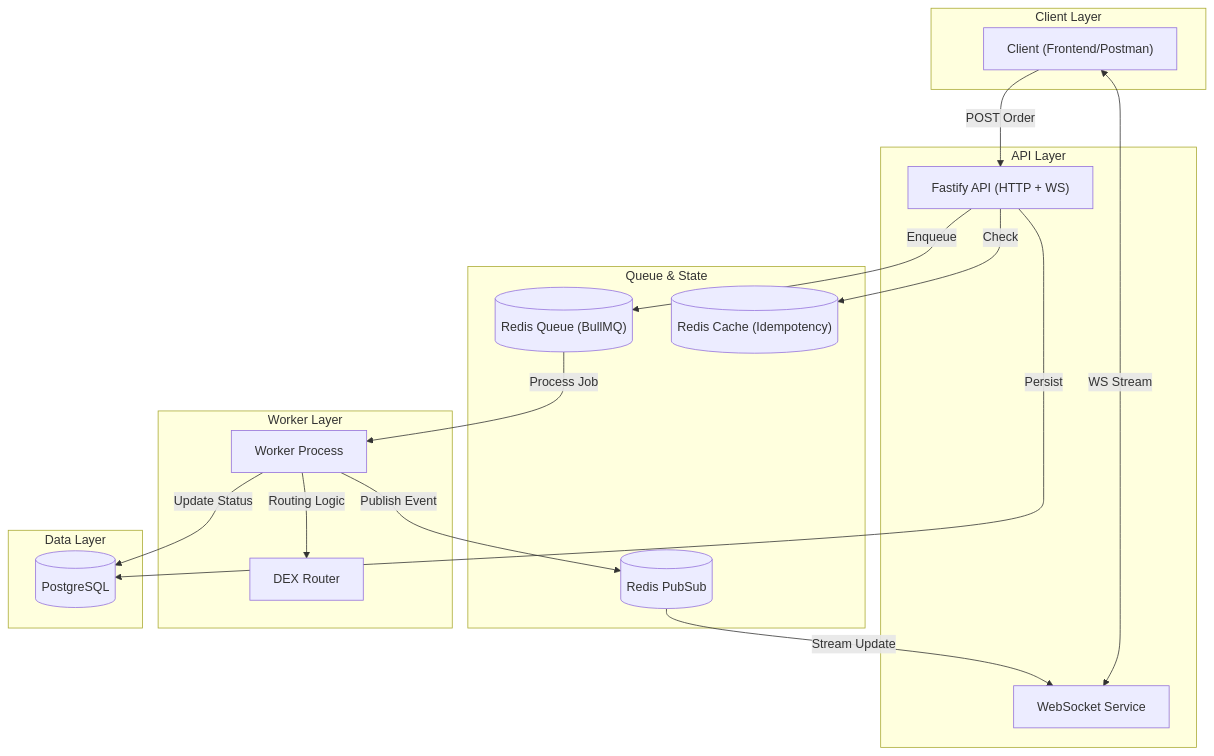
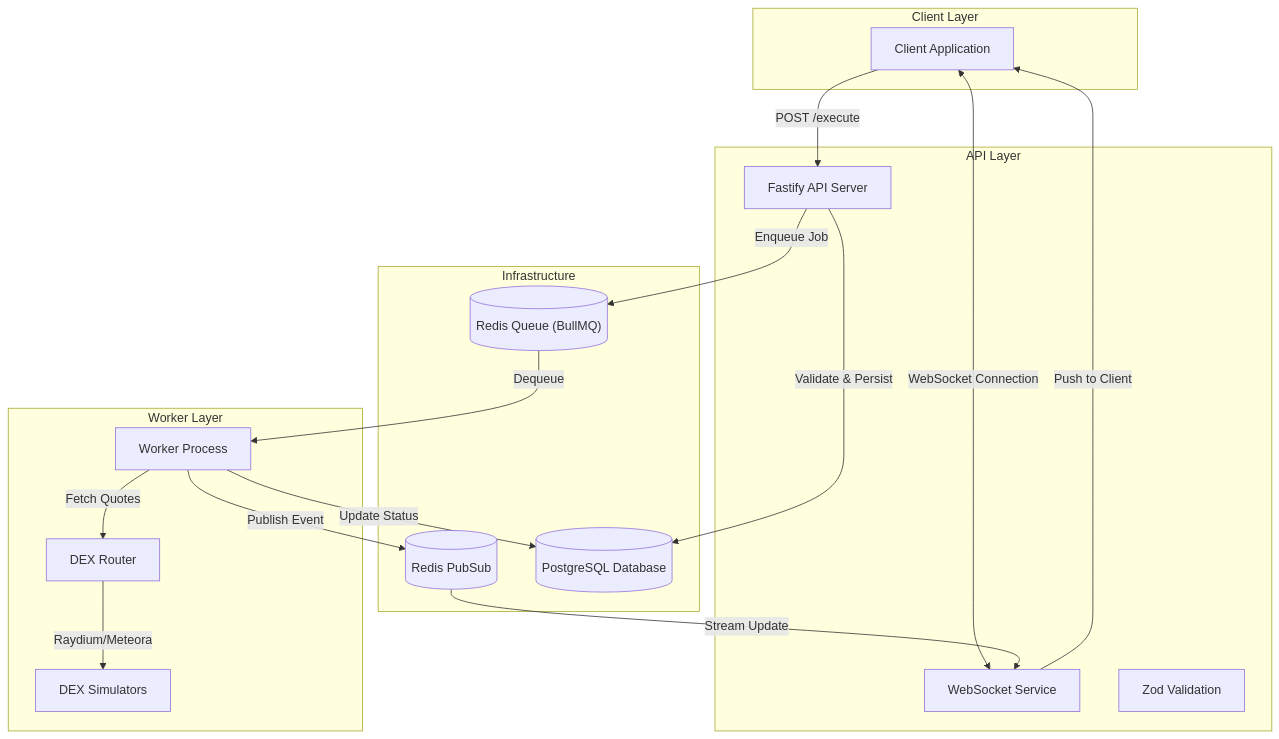
Before and after one commit to abhinavm10/order-engine: the diagram in README.md, drawn with Mermaid. The commit also changed other lines of this file, not shown here.

````diff
--- a/README.md
+++ b/README.md
@@ -49,38 +25,40 @@
 ```mermaid
 graph TB
     subgraph Client Layer
-        Client["Client (Frontend/Postman)"]
+        Client["Client Application"]
     end
 
     subgraph API Layer
-        API["Fastify API (HTTP + WS)"]
+        API["Fastify API Server"]
         WS["WebSocket Service"]
+        Validation["Zod Validation"]
     end
 
-    subgraph "Queue & State"
-        Q[("Redis Queue (BullMQ)")]
-        PS[("Redis PubSub")]
-        Cache[("Redis Cache (Idempotency)")]
+    subgraph Infrastructure
+        RedisQ[("Redis Queue (BullMQ)")]
+        RedisPubSub[("Redis PubSub")]
+        Postgres[("PostgreSQL Database")]
     end
 
     subgraph Worker Layer
         Worker["Worker Process"]
         Router["DEX Router"]
+        Sim["DEX Simulators"]
     end
 
-    subgraph Data Layer
-        DB[("PostgreSQL")]
-    end
-
-    Client -->|POST Order| API
-    Client <-->|WS Stream| WS
-    API -->|Enqueue| Q
-    API -->|Persist| DB
-    API -->|Check| Cache
+    %% Flows
+    Client -->|POST /execute| API
+    Client <-->|WebSocket Connection| WS
     
-    Q -->|Process Job| Worker
-    Worker -->|Routing Logic| Router
-    Worker -->|Update Status| DB
-    Worker -->|Publish Event| PS
-    PS -->|Stream Update| WS
+    API -->|Validate & Persist| Postgres
+    API -->|Enqueue Job| RedisQ
+    
+    RedisQ -->|Dequeue| Worker
+    Worker -->|Fetch Quotes| Router
+    Router -->|Raydium/Meteora| Sim
+    
+    Worker -->|Update Status| Postgres
+    Worker -->|Publish Event| RedisPubSub
+    RedisPubSub -->|Stream Update| WS
+    WS -->|Push to Client| Client
 ```
````
